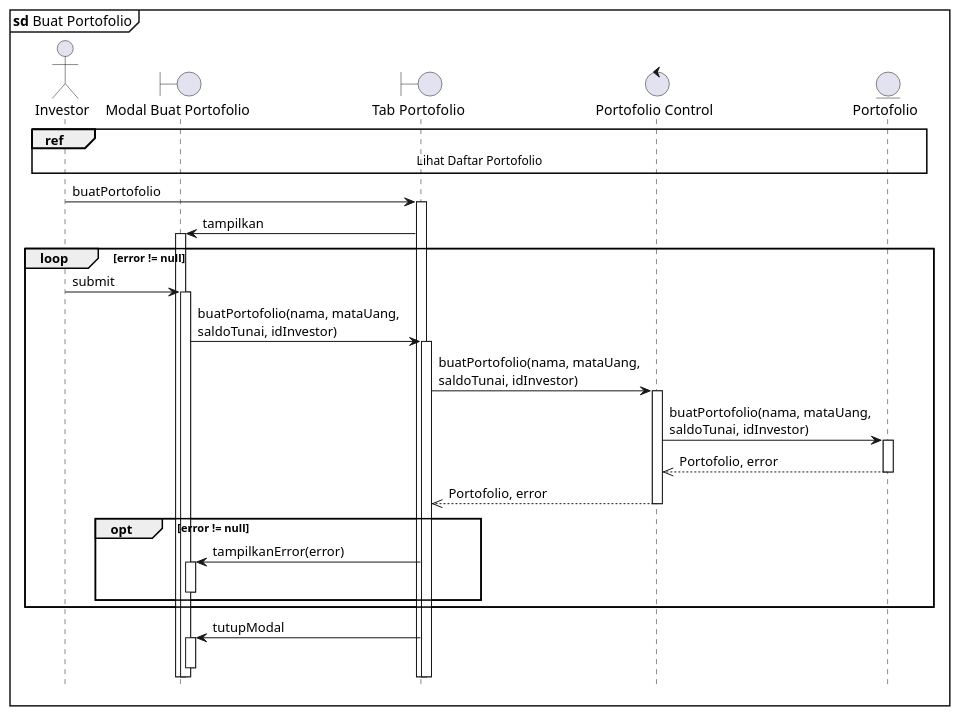
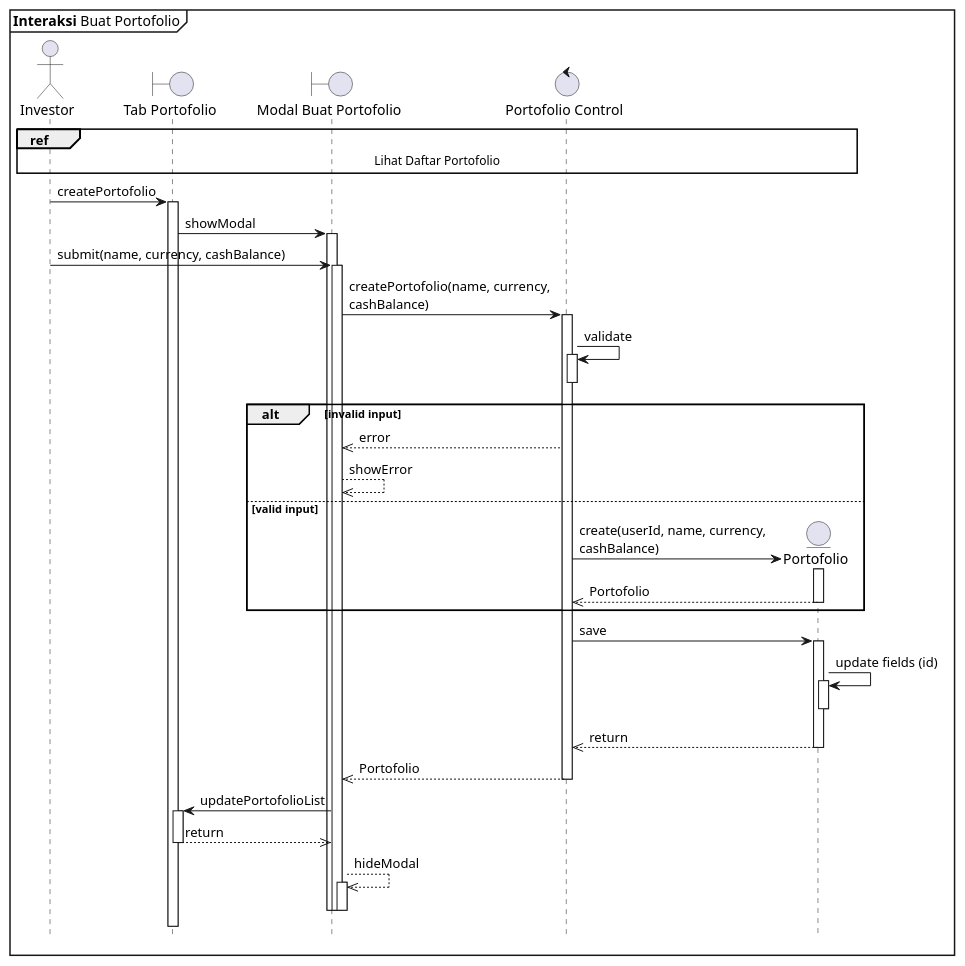
The diagram in sequence/buat-portofolio.puml (clarestarahma/manajemen-investasi), drawn with PlantUML before and after one commit. The commit also changed 19 other files, not shown here.

```diff
--- a/sequence/buat-portofolio.puml
+++ b/sequence/buat-portofolio.puml
@@ -1,37 +1,70 @@
 @startuml Sequence
 
 skinparam maxMessageSize 250
+hide footbox
 
-hide footbox
-autoactivate on
-
-mainframe **sd** Buat Portofolio
+mainframe **Interaksi** Buat Portofolio
 
 actor Investor as I
-boundary "Modal Buat Portofolio" as PBP
 boundary "Tab Portofolio" as TP
+boundary "Modal Buat Portofolio" as MBP
 control "Portofolio Control" as PC
 entity "Portofolio" as P
 
 ref over I, P : Lihat Daftar Portofolio
 
-I -> TP : buatPortofolio
-TP -> PBP : tampilkan
+' User opens the portofolio modal
+I -> TP : createPortofolio
+activate TP
 
-loop error != null
-  I -> PBP : submit
-  PBP -> TP : buatPortofolio(nama, mataUang, saldoTunai, idInvestor)
-  TP -> PC : buatPortofolio(nama, mataUang, saldoTunai, idInvestor)
-  PC -> P : buatPortofolio(nama, mataUang, saldoTunai, idInvestor)
-  P -->> PC : Portofolio, error
-  PC -->> TP : Portofolio, error
+TP -> MBP : showModal
+activate MBP
 
-  opt error != null
-    TP -> PBP : tampilkanError(error)
-    deactivate PBP
-  end
+'User submits form
+I -> MBP : submit(name, currency, cashBalance)
+activate MBP
+
+MBP -> PC : createPortofolio(name, currency, cashBalance)
+activate PC
+
+'Validation step
+PC -> PC : validate
+activate PC
+deactivate PC
+
+alt invalid input
+  PC -->> MBP : error
+  MBP -->> MBP : showError
+else valid input
+  'Create and save the Portofolio entity
+  PC -> P ** : create(userId, name, currency, cashBalance)
+  activate P
+  P -->> PC : Portofolio
+  deactivate P
 end
 
-TP -> PBP : tutupModal
-deactivate PBP
+  PC -> P : save
+  activate P
+  P -> P : update fields (id)
+  activate P
+  deactivate P
+  P -->> PC : return
+  deactivate P
+
+  PC -->> MBP : Portofolio
+  deactivate PC
+
+  'Update UI and close modal
+  MBP -> TP : updatePortofolioList
+  activate TP
+
+  TP -->> MBP : return
+  deactivate TP
+
+  MBP -->> MBP : hideModal
+  activate MBP
+  deactivate MBP
+  deactivate MBP
+  deactivate MBP
+
 @enduml
```
